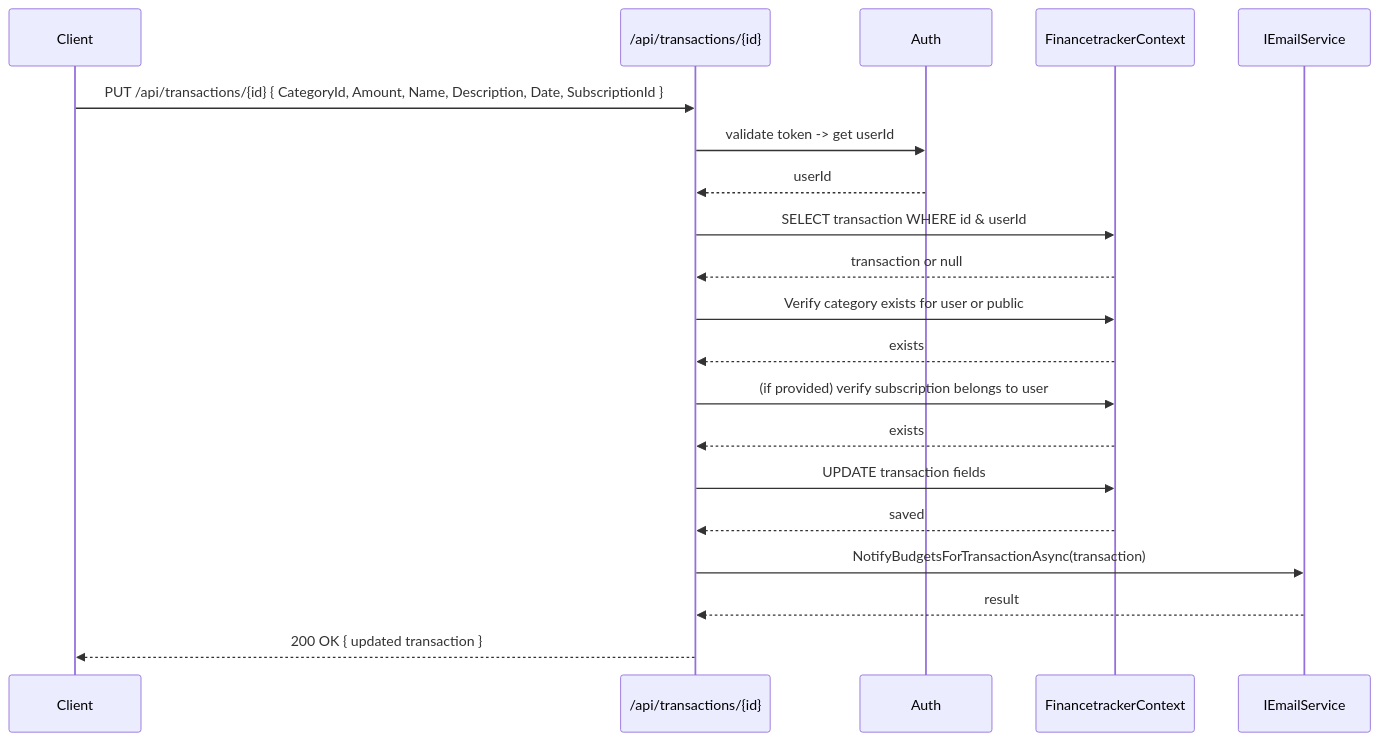
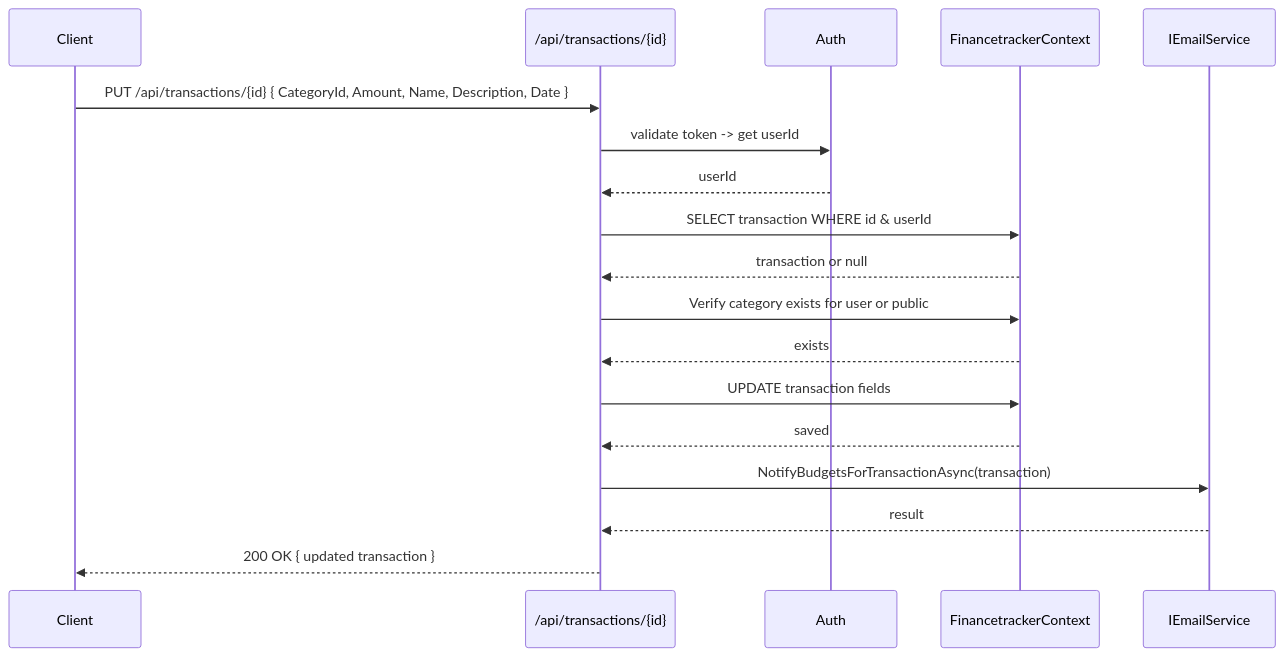
One commit to cimpa2004/financeTracker changed the diagram in docs/sequence-diagrams/transactions/diagrams/update-transaction_1.mmd. Above: the diagram before and after it, drawn with Mermaid. The commit also changed 11 other files, not shown here.

Commit message:
fixed diagrams

```diff
--- a/docs/sequence-diagrams/transactions/diagrams/update-transaction_1.mmd
+++ b/docs/sequence-diagrams/transactions/diagrams/update-transaction_1.mmd
@@ -1,21 +1,19 @@
 sequenceDiagram
     participant Client
     participant API as /api/transactions/{id}
     participant Auth
     participant Db as FinancetrackerContext
     participant Email as IEmailService
 
-    Client->>API: PUT /api/transactions/{id} { CategoryId, Amount, Name, Description, Date, SubscriptionId }
+    Client->>API: PUT /api/transactions/{id} { CategoryId, Amount, Name, Description, Date }
     API->>Auth: validate token -> get userId
     Auth-->>API: userId
     API->>Db: SELECT transaction WHERE id & userId
     Db-->>API: transaction or null
     API->>Db: Verify category exists for user or public
     Db-->>API: exists
-    API->>Db: (if provided) verify subscription belongs to user
-    Db-->>API: exists
     API->>Db: UPDATE transaction fields
     Db-->>API: saved
     API->>Email: NotifyBudgetsForTransactionAsync(transaction)
     Email-->>API: result
     API-->>Client: 200 OK { updated transaction }
```
